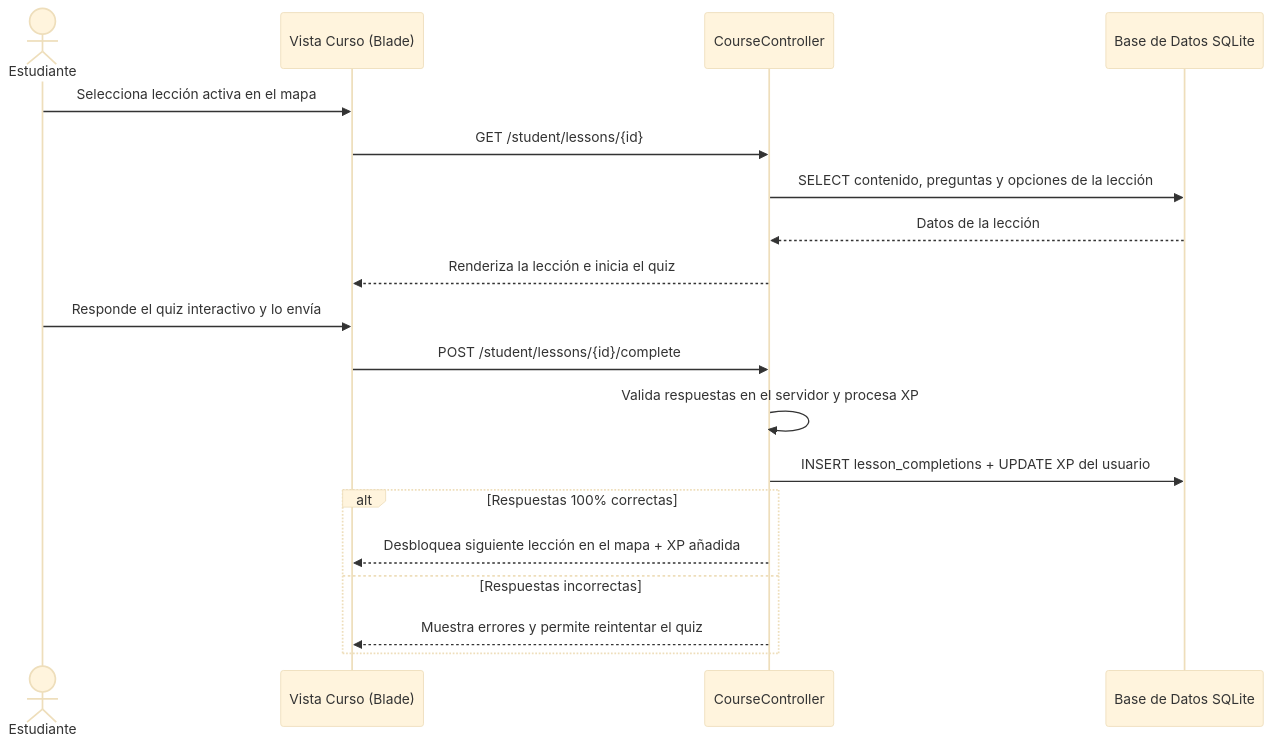
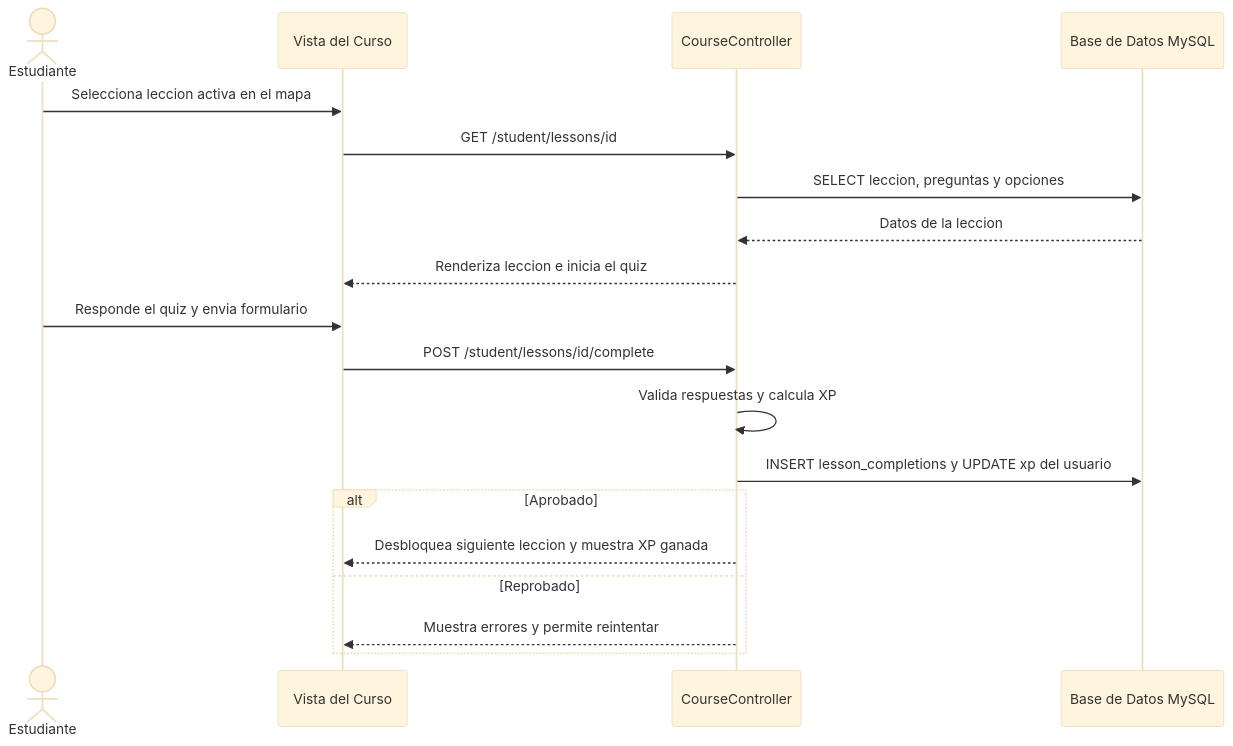
One commit to Jose-Sierra082005/sistema-militar-unefa changed the fourth of 7 diagrams in README.md. Above: the diagram before and after it, drawn with Mermaid (base theme). The commit also changed other lines of this file, not shown here.

Commit message:
docs: corregir diagramas Mermaid, ocultar credenciales reales y ajustar descripcion del proyecto

````diff
--- a/README.md
+++ b/README.md
@@ -170,25 +172,24 @@
 ```mermaid
 sequenceDiagram
     actor E as Estudiante
-    participant V as Vista Curso (Blade)
+    participant V as Vista del Curso
     participant EC as CourseController
-    participant DB as Base de Datos SQLite
+    participant DB as Base de Datos MySQL
 
-    E->>V: Selecciona lección activa en el mapa
-    V->>EC: GET /student/lessons/{id}
-    EC->>DB: SELECT contenido, preguntas y opciones de la lección
-    DB-->>EC: Datos de la lección
-    EC-->>V: Renderiza la lección e inicia el quiz
+    E->>V: Selecciona leccion activa en el mapa
+    V->>EC: GET /student/lessons/id
+    EC->>DB: SELECT leccion, preguntas y opciones
+    DB-->>EC: Datos de la leccion
+    EC-->>V: Renderiza leccion e inicia el quiz
 
-    E->>V: Responde el quiz interactivo y lo envía
-    V->>EC: POST /student/lessons/{id}/complete
+    E->>V: Responde el quiz y envia formulario
+    V->>EC: POST /student/lessons/id/complete
+    EC->>EC: Valida respuestas y calcula XP
+    EC->>DB: INSERT lesson_completions y UPDATE xp del usuario
 
-    EC->>EC: Valida respuestas en el servidor y procesa XP
-    EC->>DB: INSERT lesson_completions + UPDATE XP del usuario
-    
-    alt Respuestas 100% correctas
-        EC-->>V: Desbloquea siguiente lección en el mapa + XP añadida
-    else Respuestas incorrectas
-        EC-->>V: Muestra errores y permite reintentar el quiz
+    alt Aprobado
+        EC-->>V: Desbloquea siguiente leccion y muestra XP ganada
+    else Reprobado
+        EC-->>V: Muestra errores y permite reintentar
     end
 ```
````
